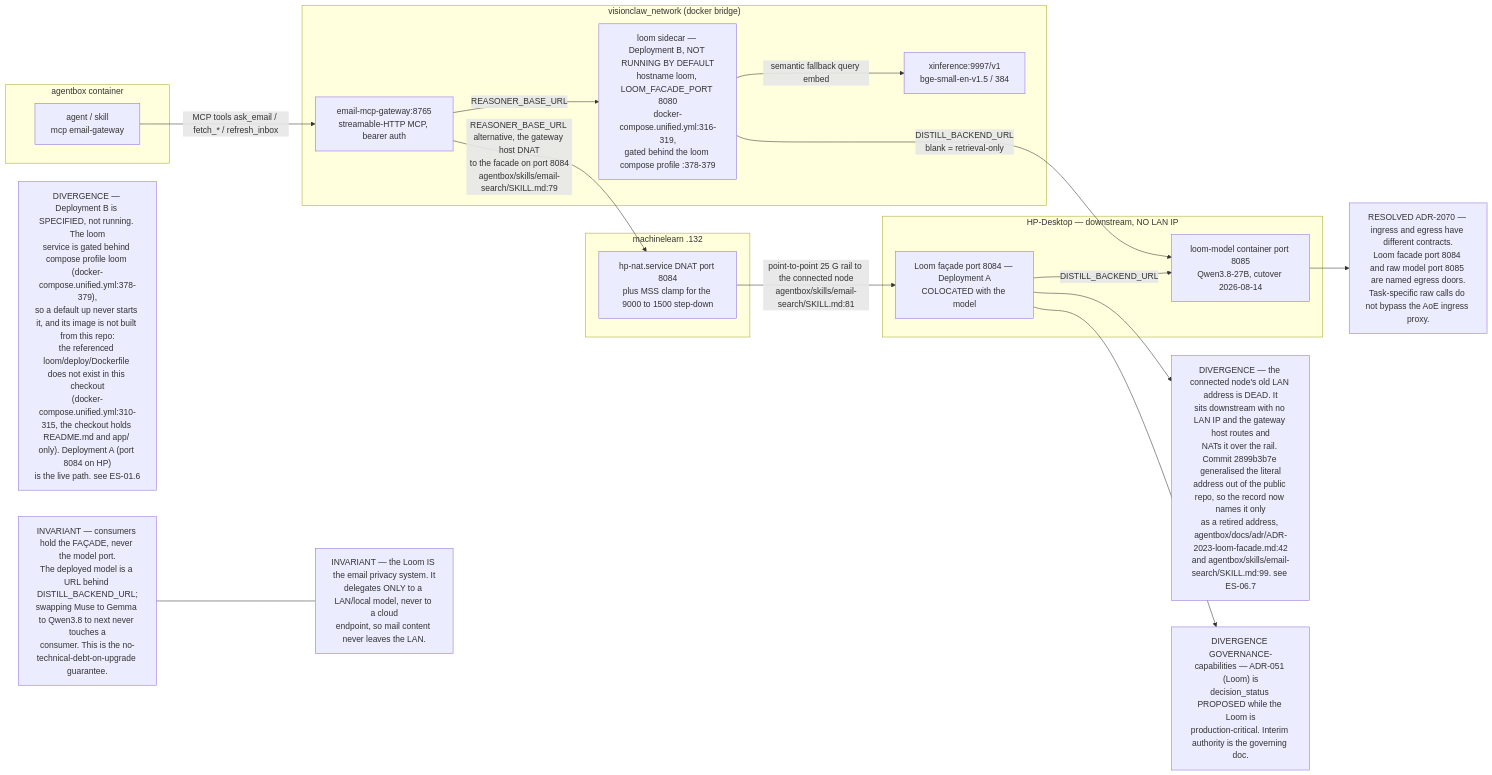
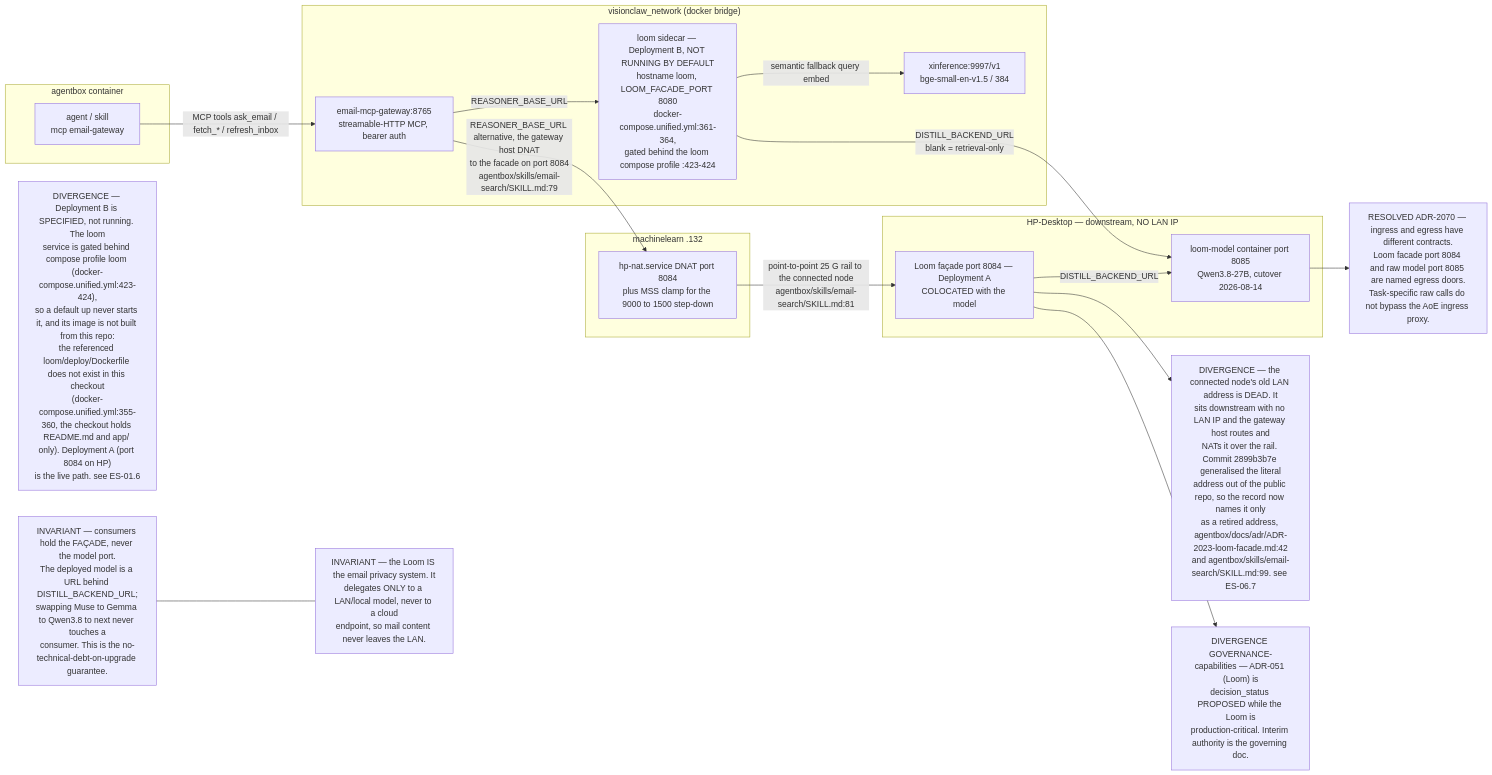
Before and after one commit to DreamLab-AI/VisionFlow: the first of 11 diagrams in docs/diagrams/estate/06-loom-and-email-privacy-path.md, drawn with Mermaid. The commit also changed other lines of this file and 160 other files, not shown here.

````diff
--- a/docs/diagrams/estate/06-loom-and-email-privacy-path.md
+++ b/docs/diagrams/estate/06-loom-and-email-privacy-path.md
@@ -28,38 +34,38 @@
 ```mermaid
 flowchart LR
     subgraph box["agentbox container"]
         AG["agent / skill<br/>mcp email-gateway"]
     end
     subgraph vcnet["visionclaw_network (docker bridge)"]
         GW["email-mcp-gateway:8765<br/>streamable-HTTP MCP, bearer auth"]
-        LOOMB["loom sidecar — Deployment B, NOT RUNNING BY DEFAULT<br/>hostname loom, LOOM_FACADE_PORT 8080<br/>docker-compose.unified.yml:316-319,<br/>gated behind the loom compose profile :378-379"]
+        LOOMB["loom sidecar — Deployment B, NOT RUNNING BY DEFAULT<br/>hostname loom, LOOM_FACADE_PORT 8080<br/>docker-compose.unified.yml:361-364,<br/>gated behind the loom compose profile :423-424"]
         XI["xinference:9997/v1<br/>bge-small-en-v1.5 / 384"]
     end
     subgraph ml["machinelearn .132"]
         DNAT["hp-nat.service DNAT port 8084<br/>plus MSS clamp for the 9000 to 1500 step-down"]
     end
     subgraph hp["HP-Desktop — downstream, NO LAN IP"]
         LOOMA["Loom façade port 8084 — Deployment A<br/>COLOCATED with the model"]
         MODEL["loom-model container port 8085<br/>Qwen3.8-27B, cutover 2026-08-14"]
     end
 
     AG -- "MCP tools ask_email / fetch_* / refresh_inbox" --> GW
     GW -- "REASONER_BASE_URL" --> LOOMB
     GW -- "REASONER_BASE_URL alternative, the gateway host DNAT<br/>to the facade on port 8084<br/>agentbox/skills/email-search/SKILL.md:79" --> DNAT
     DNAT -- "point-to-point 25 G rail to the connected node<br/>agentbox/skills/email-search/SKILL.md:81" --> LOOMA
     LOOMA -- "DISTILL_BACKEND_URL" --> MODEL
     LOOMB -- "DISTILL_BACKEND_URL<br/>blank = retrieval-only" --> MODEL
     LOOMB -- "semantic fallback query embed" --> XI
 
     INV1["INVARIANT — consumers hold the FAÇADE, never the model port.<br/>The deployed model is a URL behind DISTILL_BACKEND_URL;<br/>swapping Muse to Gemma to Qwen3.8 to next never touches a<br/>consumer. This is the no-technical-debt-on-upgrade guarantee."]
     INV2["INVARIANT — the Loom IS the email privacy system. It<br/>delegates ONLY to a LAN/local model, never to a cloud<br/>endpoint, so mail content never leaves the LAN."]
-    DIV0["DIVERGENCE — Deployment B is SPECIFIED, not running. The loom<br/>service is gated behind compose profile loom (docker-compose.unified.yml:378-379),<br/>so a default up never starts it, and its image is not built from this repo:<br/>the referenced loom/deploy/Dockerfile does not exist in this checkout<br/>(docker-compose.unified.yml:310-315, the checkout holds README.md and app/ only). Deployment A (port 8084 on HP)<br/>is the live path. see ES-01.6"]
+    DIV0["DIVERGENCE — Deployment B is SPECIFIED, not running. The loom<br/>service is gated behind compose profile loom (docker-compose.unified.yml:423-424),<br/>so a default up never starts it, and its image is not built from this repo:<br/>the referenced loom/deploy/Dockerfile does not exist in this checkout<br/>(docker-compose.unified.yml:355-360, the checkout holds README.md and app/ only). Deployment A (port 8084 on HP)<br/>is the live path. see ES-01.6"]
     DIV1["DIVERGENCE — the connected node's old LAN address is DEAD. It<br/>sits downstream with no LAN IP and the gateway host routes and<br/>NATs it over the rail. Commit 2899b3b7e generalised the literal<br/>address out of the public repo, so the record now names it only<br/>as a retired address, agentbox/docs/adr/ADR-2023-loom-facade.md:42<br/>and agentbox/skills/email-search/SKILL.md:99. see ES-06.7"]
     DIV2["DIVERGENCE GOVERNANCE-capabilities — ADR-051 (Loom) is<br/>decision_status PROPOSED while the Loom is<br/>production-critical. Interim authority is the governing doc."]
     DIV3["RESOLVED ADR-2070 — ingress and egress have different contracts.<br/>Loom facade port 8084 and raw model port 8085 are named egress doors.<br/>Task-specific raw calls do not bypass the AoE ingress proxy."]
 
     INV1 --- INV2
     LOOMA --> DIV1
     LOOMA --> DIV2
     MODEL --> DIV3
 ```
````
